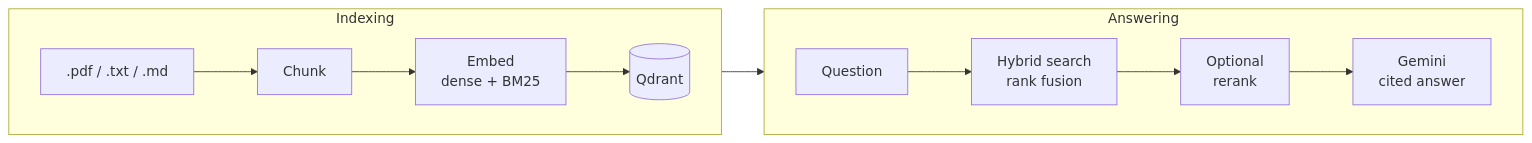
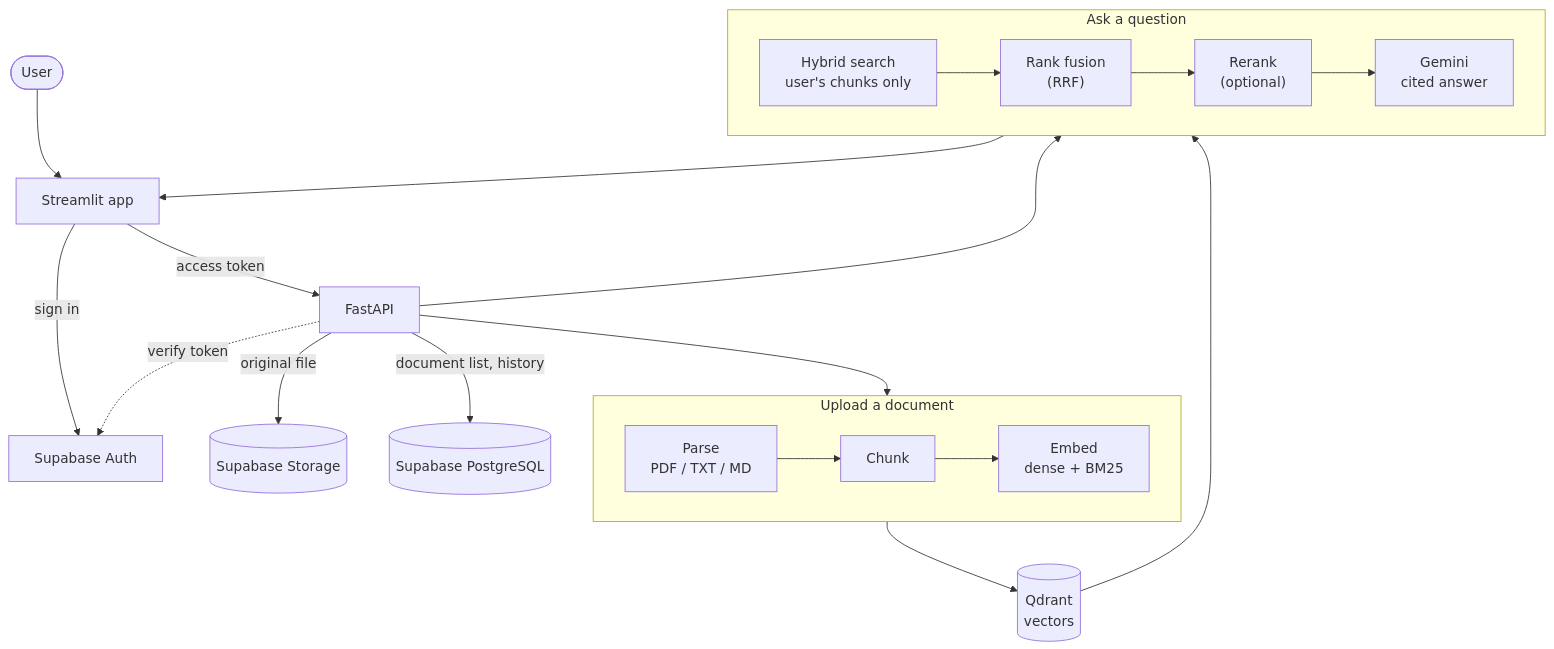
Before and after one commit to hgmdz1210/RAG: the diagram in README.md, drawn with Mermaid.

Commit message:
docs: redraw the flow diagram for the full system
The diagram now shows the user, the Streamlit app, sign-in, the upload
path and the question path, and where each kind of data is stored.

````diff
--- a/README.md
+++ b/README.md
@@ -11,12 +11,25 @@
 ```mermaid
-flowchart LR
-    subgraph Indexing
+flowchart TB
+    User([User]) --> UI["Streamlit app"]
+    UI -- "sign in" --> Auth["Supabase Auth"]
+    UI -- "access token" --> API["FastAPI"]
+    API -. "verify token" .-> Auth
+
+    subgraph Upload["Upload a document"]
         direction LR
-        F[".pdf / .txt / .md"] --> C[Chunk] --> E["Embed<br/>dense + BM25"] --> Q[(Qdrant)]
+        Parse["Parse<br/>PDF / TXT / MD"] --> Chunk["Chunk"] --> Embed["Embed<br/>dense + BM25"]
     end
-    subgraph Answering
+
+    subgraph Ask["Ask a question"]
         direction LR
-        U[Question] --> S["Hybrid search<br/>rank fusion"] --> R["Optional<br/>rerank"] --> G["Gemini<br/>cited answer"]
+        Search["Hybrid search<br/>user's chunks only"] --> Fuse["Rank fusion<br/>(RRF)"] --> Rerank["Rerank<br/>(optional)"] --> Answer["Gemini<br/>cited answer"]
     end
-    Q --> S
+
+    API --> Parse
+    API --> Search
+    Embed --> Qdrant[("Qdrant<br/>vectors")]
+    Qdrant --> Search
+    API -- "original file" --> Storage[("Supabase Storage")]
+    API -- "document list, history" --> DB[("Supabase PostgreSQL")]
+    Answer --> UI
 ```
````
